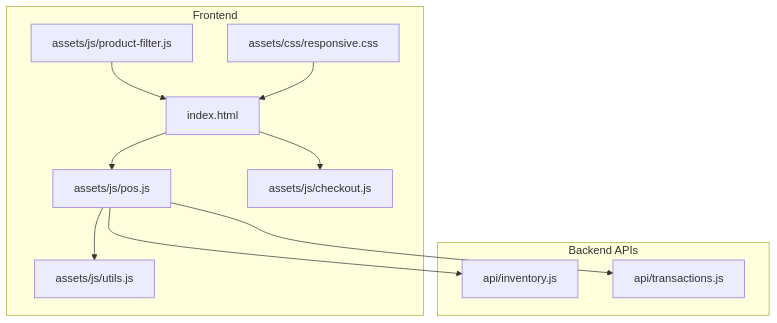
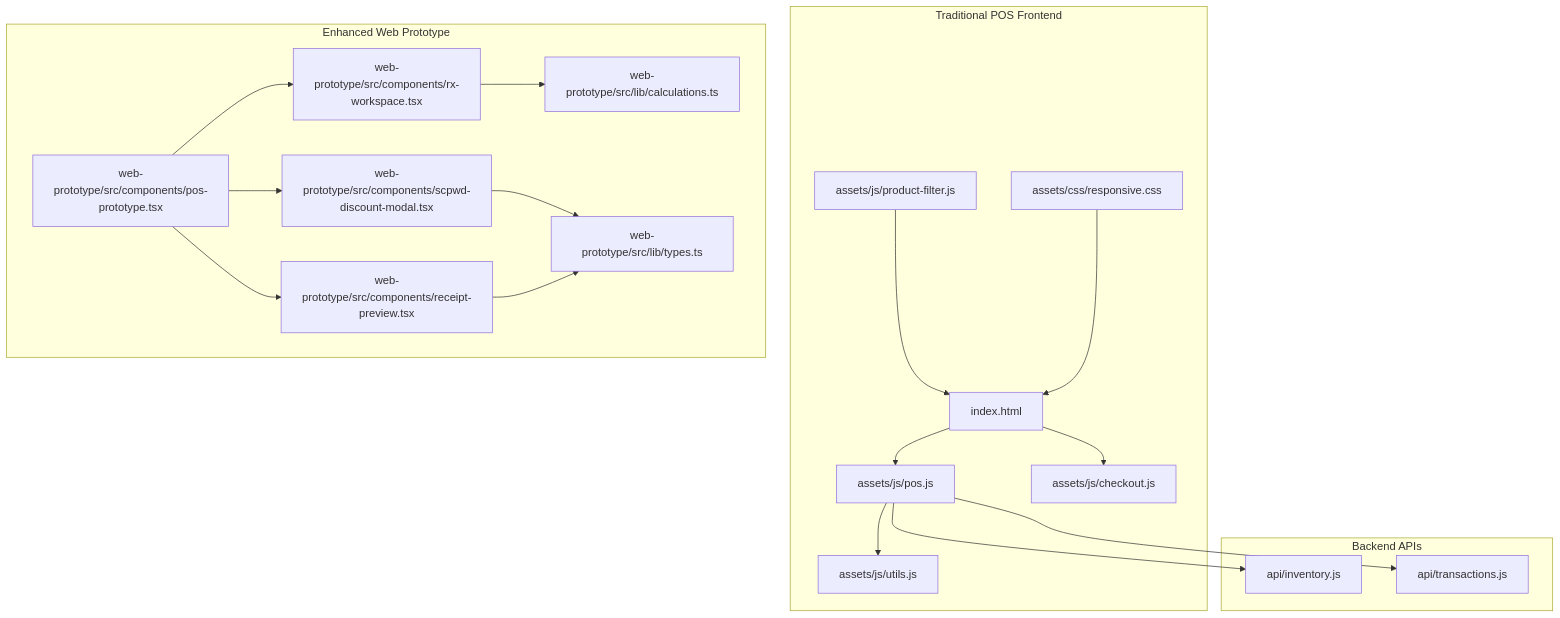
Before and after one commit to yosefdc7/PharmaPOS: the first of 14 diagrams in .qoder/repowiki/en/content/Frontend Interface/Point-of-Sale Interface.md, drawn with Mermaid. The commit also changed other lines of this file and 11 other files, not shown here.

````diff
--- a/.qoder/repowiki/en/content/Frontend Interface/Point-of-Sale Interface.md
+++ b/.qoder/repowiki/en/content/Frontend Interface/Point-of-Sale Interface.md
@@ -32,22 +59,36 @@
 ```mermaid
 graph TB
-subgraph "Frontend"
+subgraph "Traditional POS Frontend"
 HTML["index.html"]
 POS["assets/js/pos.js"]
 Checkout["assets/js/checkout.js"]
 Utils["assets/js/utils.js"]
 Filter["assets/js/product-filter.js"]
 Responsive["assets/css/responsive.css"]
+end
+subgraph "Enhanced Web Prototype"
+PosProto["web-prototype/src/components/pos-prototype.tsx"]
+RxWorkspace["web-prototype/src/components/rx-workspace.tsx"]
+ScPwdModal["web-prototype/src/components/scpwd-discount-modal.tsx"]
+ReceiptPreview["web-prototype/src/components/receipt-preview.tsx"]
+Calculations["web-prototype/src/lib/calculations.ts"]
+Types["web-prototype/src/lib/types.ts"]
 end
 subgraph "Backend APIs"
 Inventory["api/inventory.js"]
 Transactions["api/transactions.js"]
 end
 HTML --> POS
 HTML --> Checkout
 POS --> Inventory
 POS --> Transactions
 POS --> Utils
 Filter --> HTML
 Responsive --> HTML
+PosProto --> RxWorkspace
+PosProto --> ScPwdModal
+PosProto --> ReceiptPreview
+RxWorkspace --> Calculations
+ScPwdModal --> Types
+ReceiptPreview --> Types
 ```
````
